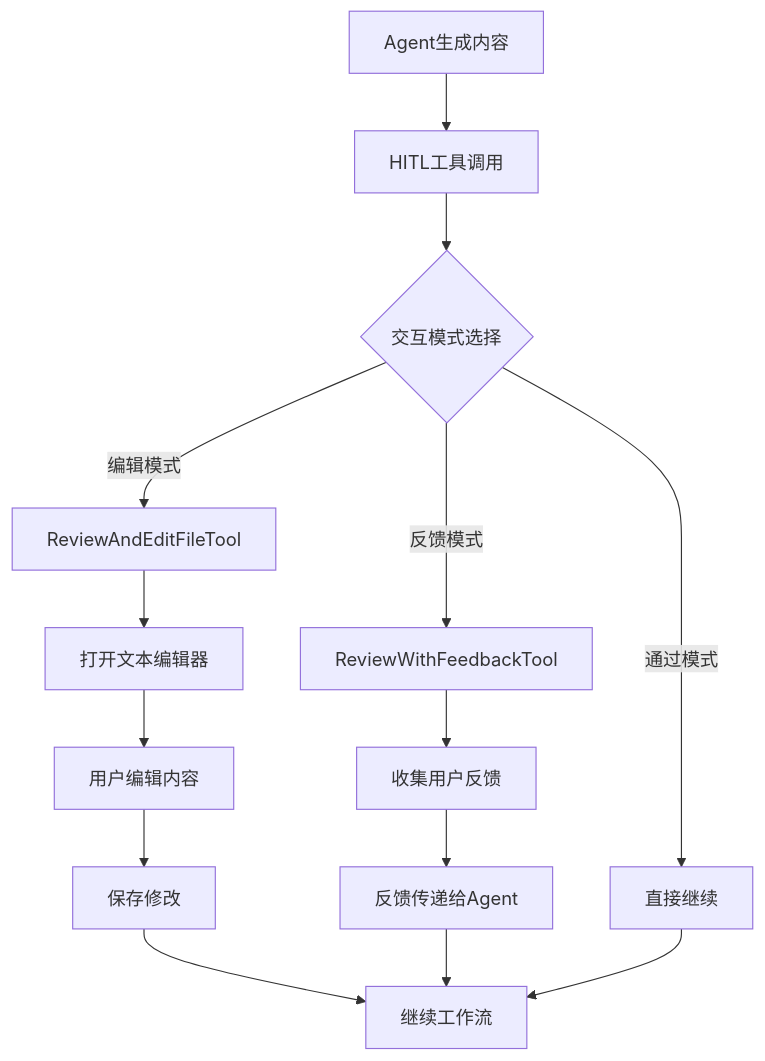
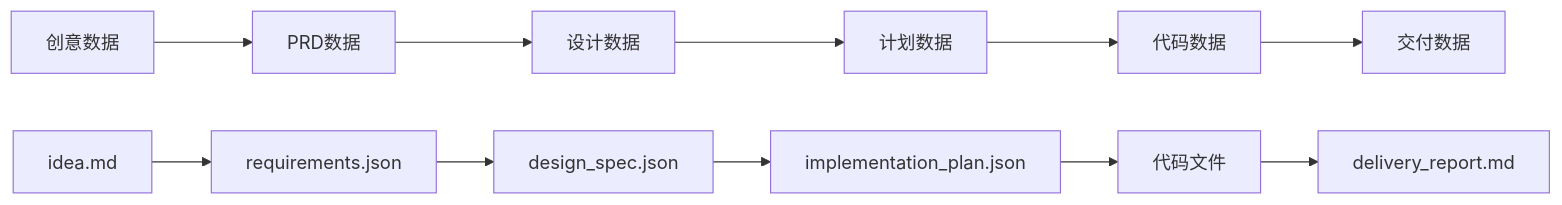
One commit to sopaco/cowork-forge changed the sixth of 9 diagrams in litho.docs/zh/3、工作流程.md. Above: the diagram before and after it, drawn with Mermaid. The commit also changed other lines of this file and 26 other files, not shown here.

````diff
--- a/litho.docs/zh/3、工作流程.md
+++ b/litho.docs/zh/3、工作流程.md
@@ -198,19 +304,14 @@
 ```mermaid
-graph TB
-    A[Agent生成内容] --> B[HITL工具调用]
-    B --> C{交互模式选择}
-    C -->|编辑模式| D[ReviewAndEditFileTool]
-    C -->|通过模式| E[直接继续]
-    C -->|反馈模式| F[ReviewWithFeedbackTool]
+graph LR
+    A[创意数据] --> B[PRD数据]
+    B --> C[设计数据]
+    C --> D[计划数据]
+    D --> E[代码数据]
+    E --> F[交付数据]
     
-    D --> G[打开文本编辑器]
-    G --> H[用户编辑内容]
-    H --> I[保存修改]
-    
-    F --> J[收集用户反馈]
-    J --> K[反馈传递给Agent]
-    
-    I --> L[继续工作流]
-    K --> L
-    E --> L
+    A1[idea.md] --> B1[requirements.json]
+    B1 --> C1[design_spec.json]
+    C1 --> D1[implementation_plan.json]
+    D1 --> E1[代码文件]
+    E1 --> F1[delivery_report.md]
 ```
````
